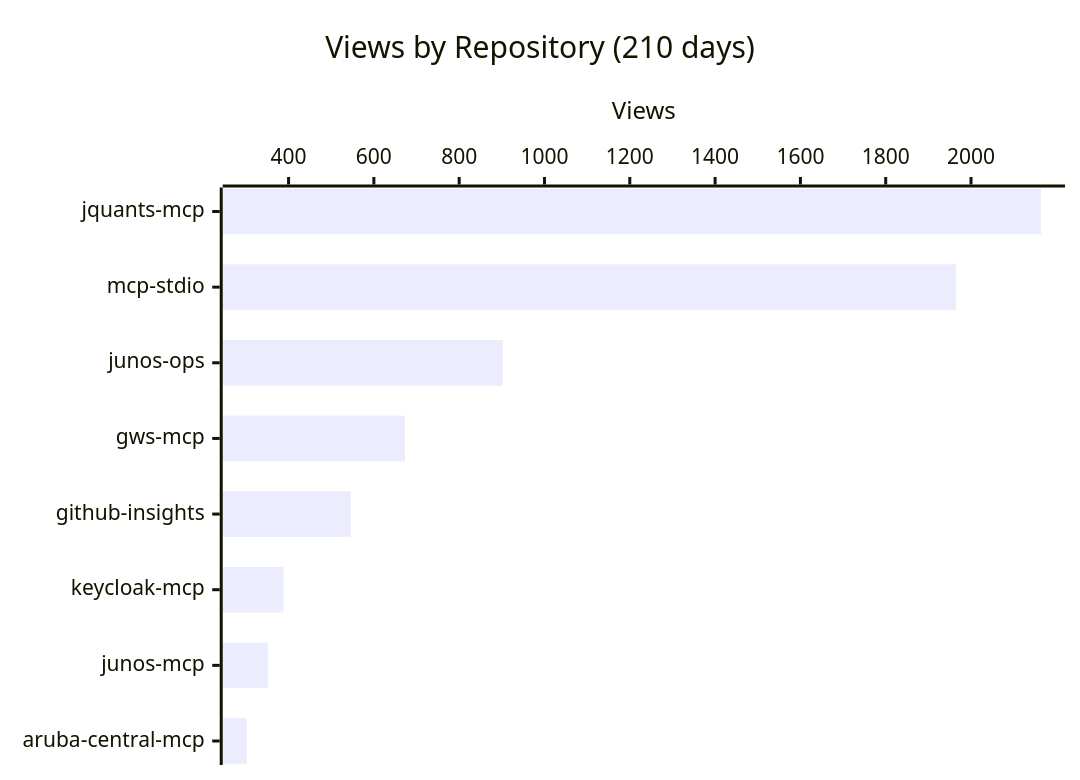
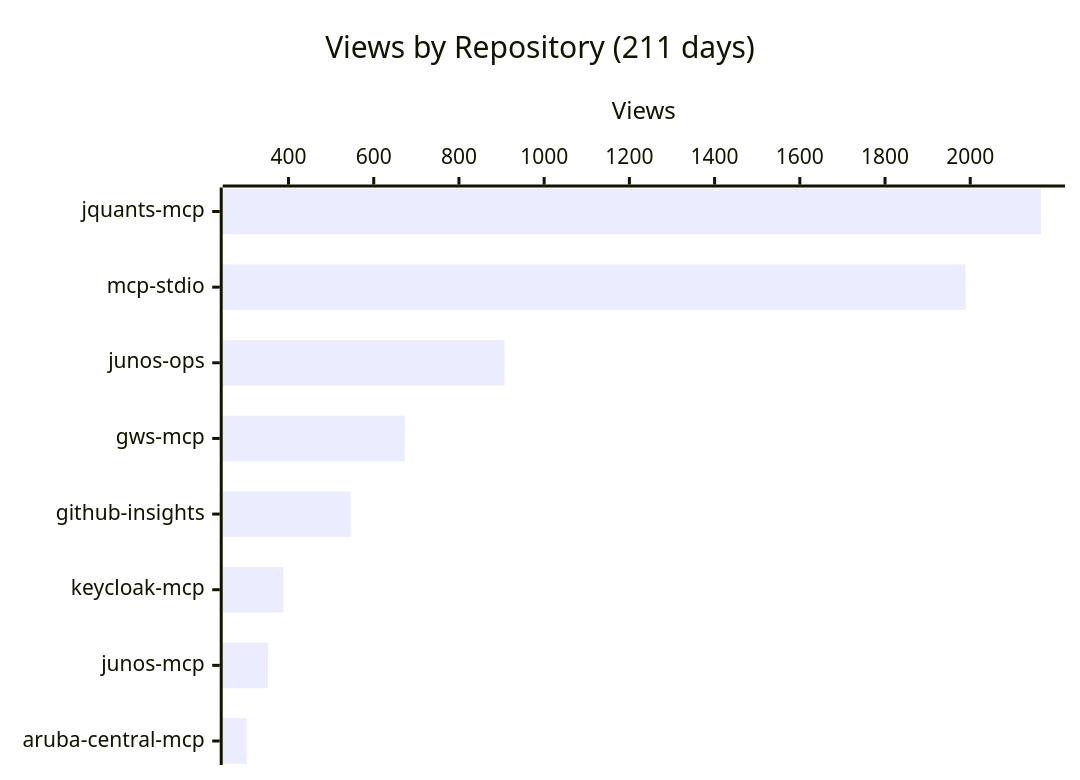
The first of 4 diagrams in README.md (shigechika/github-insights), drawn with Mermaid before and after one commit. The commit also changed other lines of this file and 2 other files, not shown here.

````diff
--- a/README.md
+++ b/README.md
@@ -18,7 +18,7 @@
 ```mermaid
 xychart-beta horizontal
-    title "Views by Repository (210 days)"
+    title "Views by Repository (211 days)"
     x-axis ["jquants-mcp", "mcp-stdio", "junos-ops", "gws-mcp", "github-insights", "keycloak-mcp", "junos-mcp", "aruba-central-mcp"]
     y-axis "Views"
-    bar [2164, 1965, 902, 673, 546, 388, 352, 302]
+    bar [2166, 1989, 907, 673, 546, 388, 352, 302]
 ```
````
